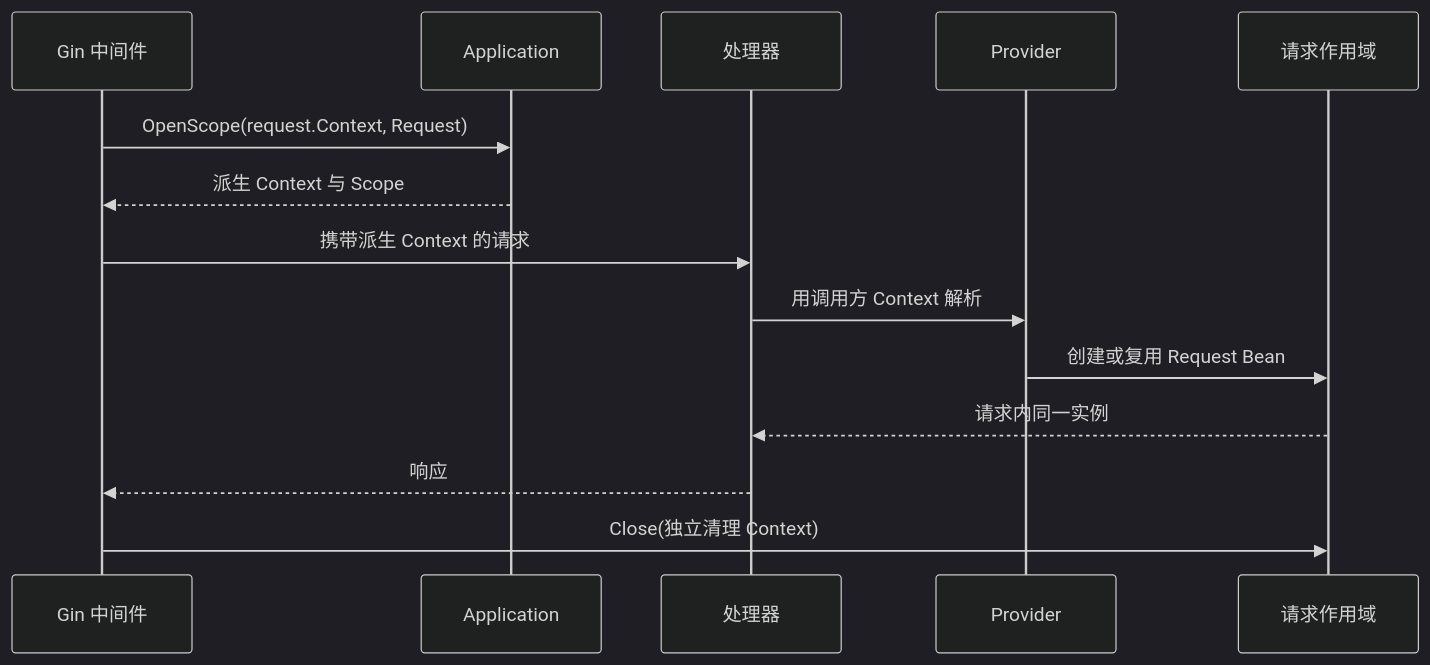
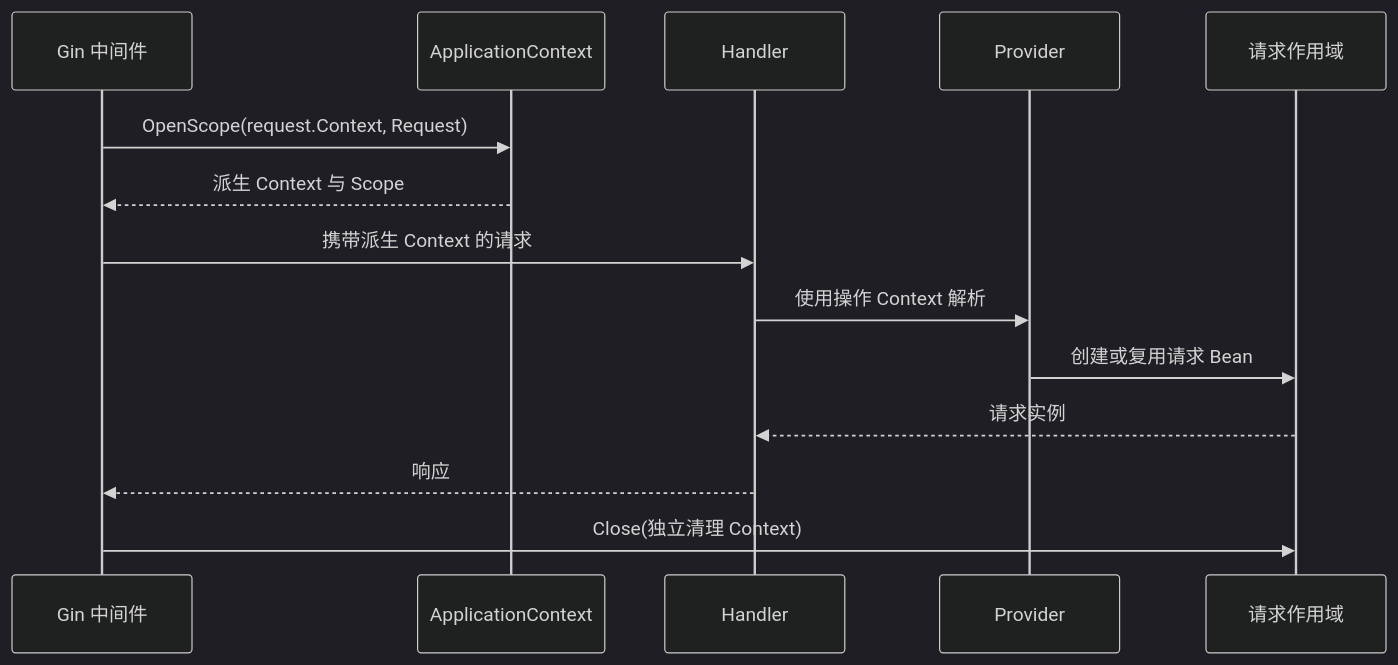
One commit to longxi-go/ioc changed the diagram in examples/gin/README.zh_CN.md. Above: the diagram before and after it, drawn with Mermaid (dark theme). The commit also changed other lines of this file and 106 other files, not shown here.

````diff
--- a/examples/gin/README.zh_CN.md
+++ b/examples/gin/README.zh_CN.md
@@ -8,16 +12,16 @@
 ```mermaid
 sequenceDiagram
-    participant HTTP as Gin 中间件
-    participant App as Application
-    participant Handler as 处理器
+    participant Gin as Gin 中间件
+    participant App as ApplicationContext
+    participant Handler
     participant Provider
     participant Scope as 请求作用域
-    HTTP->>App: OpenScope(request.Context, Request)
-    App-->>HTTP: 派生 Context 与 Scope
-    HTTP->>Handler: 携带派生 Context 的请求
-    Handler->>Provider: 用调用方 Context 解析
-    Provider->>Scope: 创建或复用 Request Bean
-    Scope-->>Handler: 请求内同一实例
-    Handler-->>HTTP: 响应
-    HTTP->>Scope: Close(独立清理 Context)
+    Gin->>App: OpenScope(request.Context, Request)
+    App-->>Gin: 派生 Context 与 Scope
+    Gin->>Handler: 携带派生 Context 的请求
+    Handler->>Provider: 使用操作 Context 解析
+    Provider->>Scope: 创建或复用请求 Bean
+    Scope-->>Handler: 请求实例
+    Handler-->>Gin: 响应
+    Gin->>Scope: Close(独立清理 Context)
 ```
````
